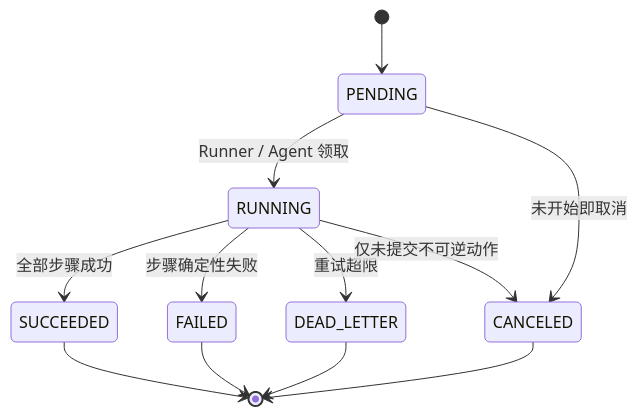
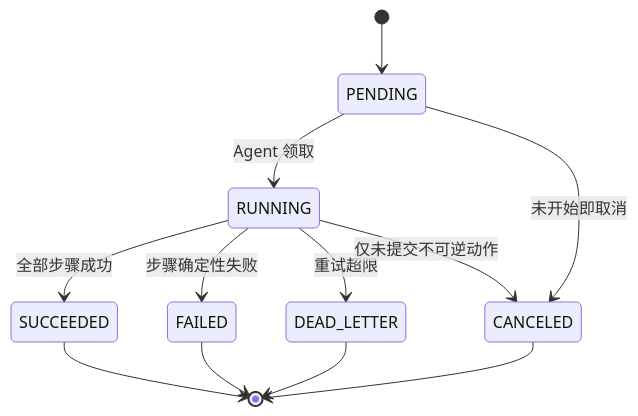
Before and after one commit to lnsyyj/winter: the third of 10 diagrams in docs/02-研发线/04-架构师/架构设计-Ceph管理平台.md, drawn with Mermaid. The commit also changed other lines of this file and 17 other files, not shown here.

````diff
--- a/docs/02-研发线/04-架构师/架构设计-Ceph管理平台.md
+++ b/docs/02-研发线/04-架构师/架构设计-Ceph管理平台.md
@@ -228,14 +225,14 @@
 ```mermaid
 stateDiagram-v2
     [*] --> PENDING
-    PENDING --> RUNNING: Runner / Agent 领取
+    PENDING --> RUNNING: Agent 领取
     PENDING --> CANCELED: 未开始即取消
     RUNNING --> SUCCEEDED: 全部步骤成功
     RUNNING --> FAILED: 步骤确定性失败
     RUNNING --> DEAD_LETTER: 重试超限
     RUNNING --> CANCELED: 仅未提交不可逆动作
     FAILED --> [*]
     DEAD_LETTER --> [*]
     SUCCEEDED --> [*]
     CANCELED --> [*]
 ```
````
